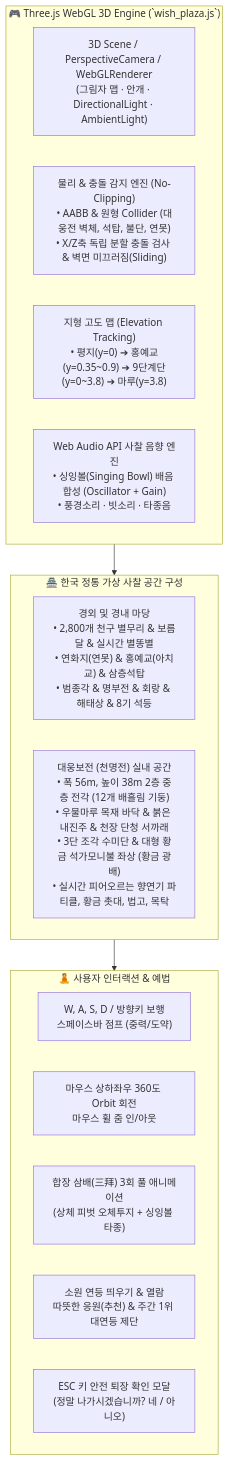
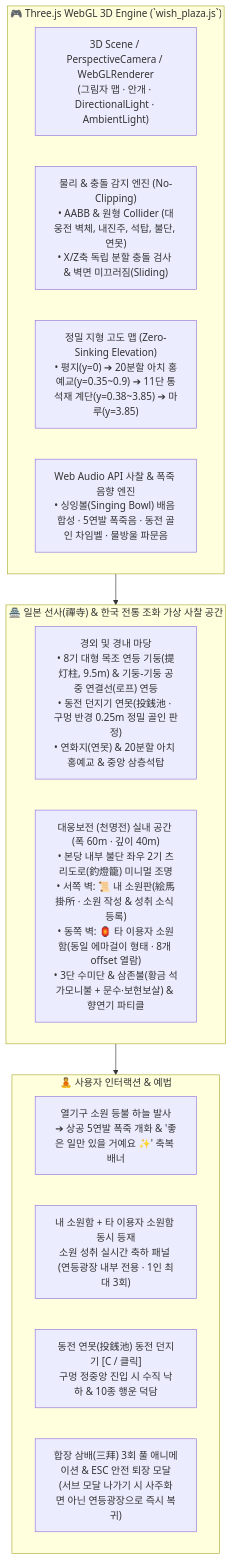
Before and after one commit to minjae0529-blip/Daily-Fortune: the second of 6 diagrams in README.md, drawn with Mermaid. The commit also changed other lines of this file and 13 other files, not shown here.

Commit message:
docs: update README and 12-step demo.gif with overhead rope lanterns, wish boards, coin pond, and 3-congrats limit

````diff
--- a/README.md
+++ b/README.md
@@ -86,25 +86,24 @@
 ```mermaid
 graph TB
     subgraph Engine ["🎮 Three.js WebGL 3D Engine (`wish_plaza.js`)"]
         Render["3D Scene / PerspectiveCamera / WebGLRenderer<br/>(그림자 맵 · 안개 · DirectionalLight · AmbientLight)"]
-        Physics["물리 & 충돌 감지 엔진 (No-Clipping)<br/>• AABB & 원형 Collider (대웅전 벽체, 석탑, 불단, 연못)<br/>• X/Z축 독립 분할 충돌 검사 & 벽면 미끄러짐(Sliding)"]
-        Elevation["지형 고도 맵 (Elevation Tracking)<br/>• 평지(y=0) ➔ 홍예교(y=0.35~0.9) ➔ 9단계단(y=0~3.8) ➔ 마루(y=3.8)"]
-        Audio["Web Audio API 사찰 음향 엔진<br/>• 싱잉볼(Singing Bowl) 배음 합성 (Oscillator + Gain)<br/>• 풍경소리 · 빗소리 · 타종음"]
+        Physics["물리 & 충돌 감지 엔진 (No-Clipping)<br/>• AABB & 원형 Collider (대웅전 벽체, 내진주, 석탑, 불단, 연못)<br/>• X/Z축 독립 분할 충돌 검사 & 벽면 미끄러짐(Sliding)"]
+        Elevation["정밀 지형 고도 맵 (Zero-Sinking Elevation)<br/>• 평지(y=0) ➔ 20분할 아치 홍예교(y=0.35~0.9) ➔ 11단 통석재 계단(y=0.38~3.85) ➔ 마루(y=3.85)"]
+        Audio["Web Audio API 사찰 & 폭죽 음향 엔진<br/>• 싱잉볼(Singing Bowl) 배음 합성 · 5연발 폭죽음 · 동전 골인 차임벨 · 물방울 파문음"]
     end
 
-    subgraph TempleSpace ["🏯 한국 정통 가상 사찰 공간 구성"]
-        OutCourtyard["경외 및 경내 마당<br/>• 2,800개 천구 별무리 & 보름달 & 실시간 별똥별<br/>• 연화지(연못) & 홍예교(아치교) & 삼층석탑<br/>• 범종각 & 명부전 & 회랑 & 해태상 & 8기 석등"]
-        Daeungjeon["대웅보전 (천명전) 실내 공간<br/>• 폭 56m, 높이 38m 2층 중층 전각 (12개 배흘림 기둥)<br/>• 우물마루 목재 바닥 & 붉은 내진주 & 천장 단청 서까래<br/>• 3단 조각 수미단 & 대형 황금 석가모니불 좌상 (황금 광배)<br/>• 실시간 피어오르는 향연기 파티클, 황금 촛대, 법고, 목탁"]
+    subgraph TempleSpace ["🏯 일본 선사(禪寺) & 한국 전통 조화 가상 사찰 공간"]
+        OutCourtyard["경외 및 경내 마당<br/>• 8기 대형 목조 연등 기둥(提灯柱, 9.5m) & 기둥-기둥 공중 연결선(로프) 연등<br/>• 동전 던지기 연못(投銭池 · 구멍 반경 0.25m 정밀 골인 판정)<br/>• 연화지(연못) & 20분할 아치 홍예교 & 중앙 삼층석탑"]
+        Daeungjeon["대웅보전 (천명전) 실내 공간 (폭 60m · 깊이 40m)<br/>• 본당 내부 불단 좌우 2기 츠리도로(釣燈籠) 미니멀 조명<br/>• 서쪽 벽: 📜 내 소원판(絵馬掛所 · 소원 작성 & 성취 소식 등록)<br/>• 동쪽 벽: 🏮 타 이용자 소원함(동일 에마걸이 형태 · 8개 offset 열람)<br/>• 3단 수미단 & 삼존불(황금 석가모니불 + 문수·보현보살) & 향연기 파티클"]
     end
 
     subgraph UserActions ["🧘 사용자 인터랙션 & 예법"]
-        Move["W, A, S, D / 방향키 보행<br/>스페이스바 점프 (중력/도약)"]
-        View["마우스 상하좌우 360도 Orbit 회전<br/>마우스 휠 줌 인/아웃"]
-        Bow["합장 삼배(三拜) 3회 풀 애니메이션<br/>(상체 피벗 오체투지 + 싱잉볼 타종)"]
-        Lantern["소원 연등 띄우기 & 열람<br/>따뜻한 응원(추천) & 주간 1위 대연등 제단"]
-        ExitSafe["ESC 키 안전 퇴장 확인 모달<br/>(정말 나가시겠습니까? 네 / 아니오)"]
+        SkyLaunch["열기구 소원 등불 하늘 발사<br/>➔ 상공 5연발 폭죽 개화 & '좋은 일만 있을 거예요 ✨' 축복 배너"]
+        WishBoards["내 소원함 + 타 이용자 소원함 동시 등재<br/>소원 성취 실시간 축하 패널 (연등광장 내부 전용 · 1인 최대 3회)"]
+        CoinToss["동전 연못(投銭池) 동전 던지기 [C / 클릭]<br/>구멍 정중앙 진입 시 수직 낙하 & 10종 행운 덕담"]
+        Bow["합장 삼배(三拜) 3회 풀 애니메이션 & ESC 안전 퇴장 모달<br/>(서브 모달 나가기 시 사주화면 아닌 연등광장으로 즉시 복귀)"]
     end
 
     Engine --> TempleSpace
     TempleSpace --> UserActions
 ```
````
